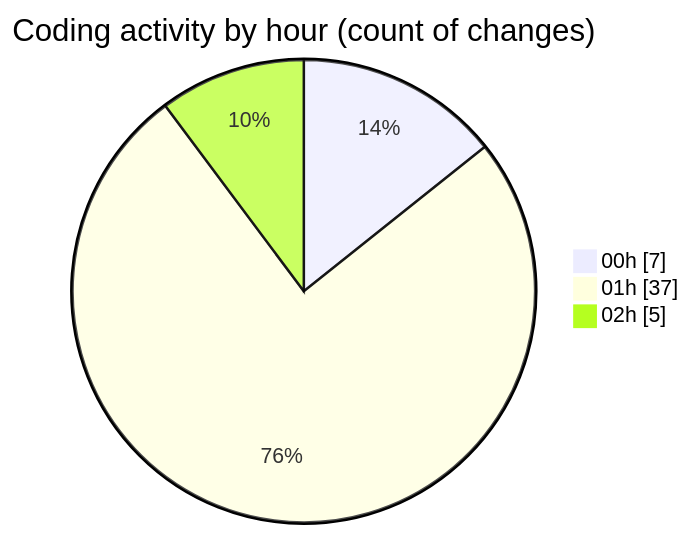
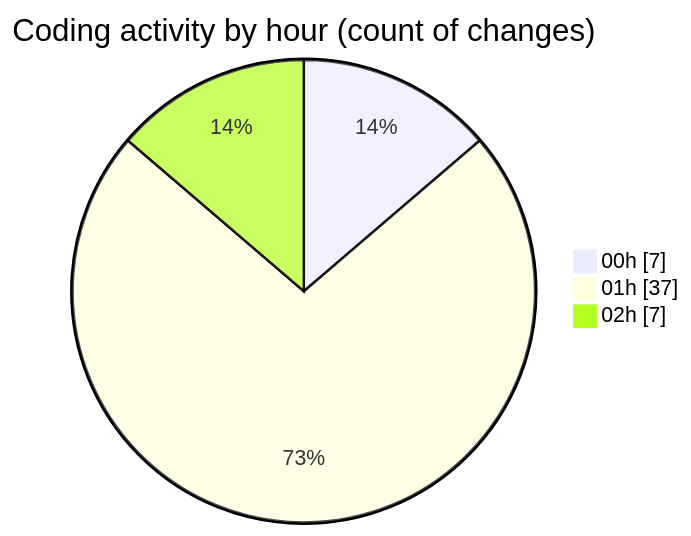
Before and after one commit to charlie-sans/code-tracking: the second of 2 diagrams in 2025-02-23/micros/README.md, drawn with Mermaid. The commit also changed other lines of this file and 1 other file, not shown here.

````diff
--- a/2025-02-23/micros/README.md
+++ b/2025-02-23/micros/README.md
@@ -41,7 +41,7 @@
 ```mermaid
 pie showData
 title Coding activity by hour (count of changes)
 "00h" : 7
 "01h" : 37
-"02h" : 5
+"02h" : 7
 ```
````
